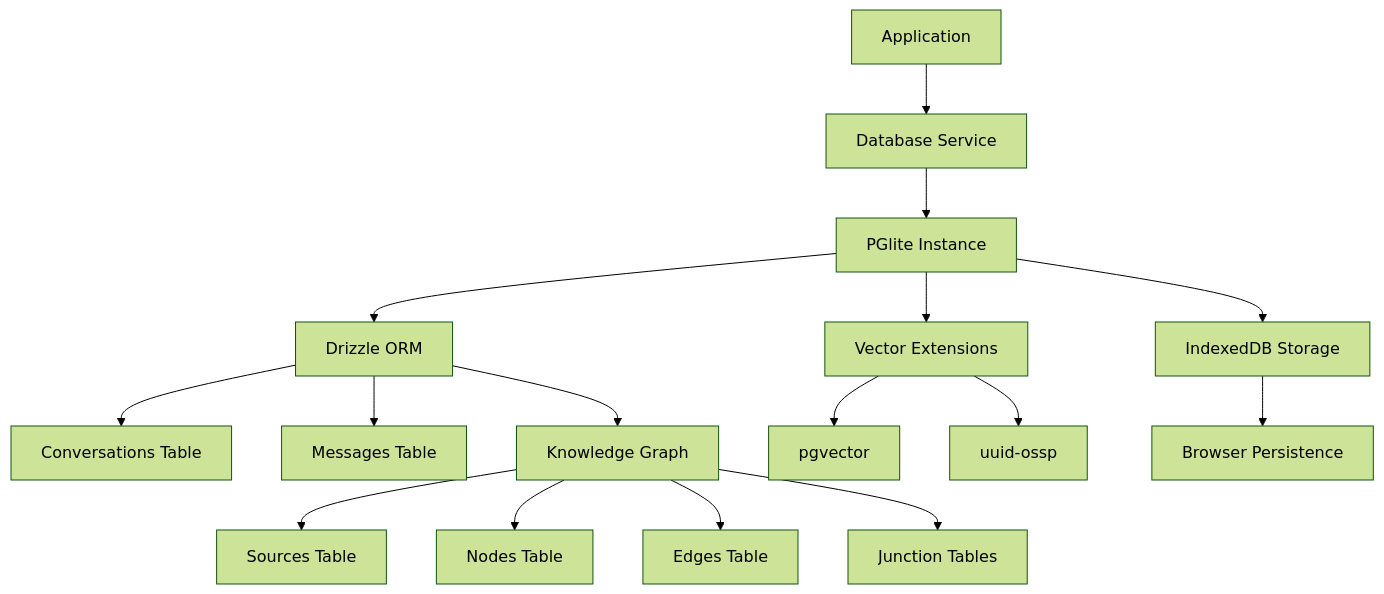
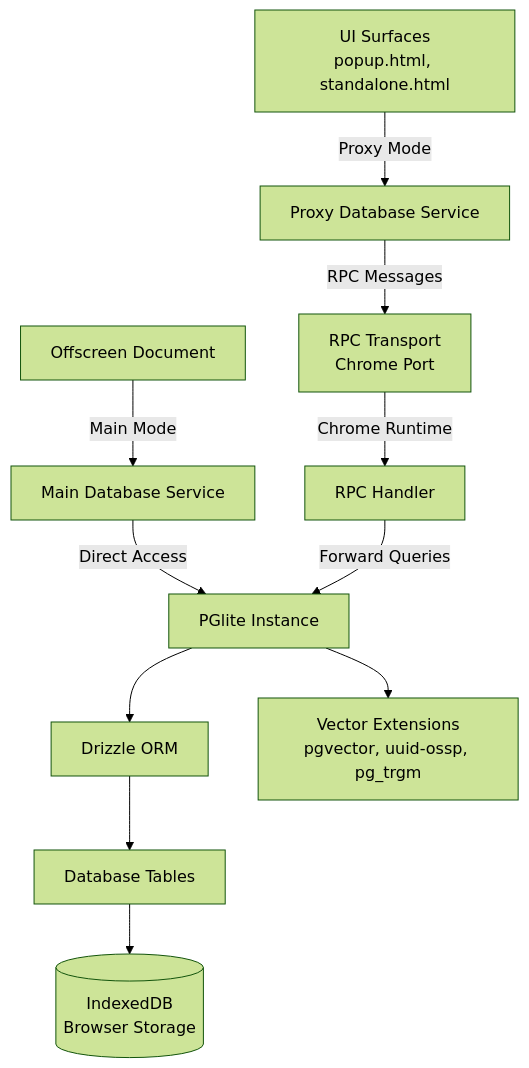
One commit to zrg-team/memorall changed the first of 2 diagrams in docs/database-service.md. Above: the diagram before and after it, drawn with Mermaid (forest theme). The commit also changed other lines of this file and 123 other files, not shown here.

````diff
--- a/docs/database-service.md
+++ b/docs/database-service.md
@@ -11,22 +11,24 @@
 ```mermaid
 graph TD
-    A[Application] --> B[Database Service]
-    B --> C[PGlite Instance]
-    C --> D[Drizzle ORM]
-    
-    D --> E[Conversations Table]
-    D --> F[Messages Table]
-    D --> G[Knowledge Graph]
-    
-    G --> H[Sources Table]
-    G --> I[Nodes Table]
-    G --> J[Edges Table]
-    G --> K[Junction Tables]
-    
-    C --> L[Vector Extensions]
-    L --> M[pgvector]
-    L --> N[uuid-ossp]
-    
-    C --> O[IndexedDB Storage]
-    O --> P[Browser Persistence]
+  %% UI Context (Proxy Mode)
+  UI[UI Surfaces<br/>popup.html, standalone.html] -->|Proxy Mode| PDB[Proxy Database Service]
+  PDB -->|RPC Messages| RPT[RPC Transport<br/>Chrome Port]
+
+  %% Offscreen Context (Main Mode)
+  OFF[Offscreen Document] -->|Main Mode| MDB[Main Database Service]
+  MDB -->|Direct Access| PG[PGlite Instance]
+
+  %% RPC Communication
+  RPT -->|Chrome Runtime| RPC[RPC Handler]
+  RPC -->|Forward Queries| PG
+
+  %% Database Layer
+  PG --> D[Drizzle ORM]
+  D --> E[Database Tables]
+
+  %% Storage
+  E --> IDB[(IndexedDB<br/>Browser Storage)]
+
+  %% Extensions
+  PG --> VE[Vector Extensions<br/>pgvector, uuid-ossp, pg_trgm]
 ```
````
